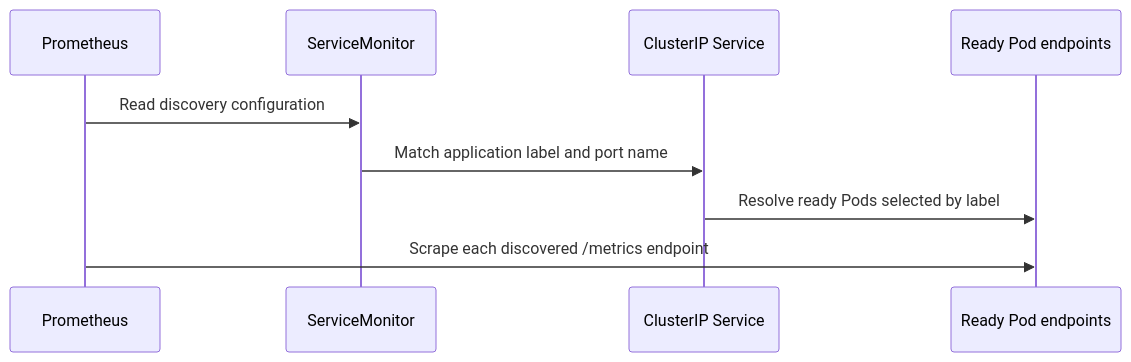
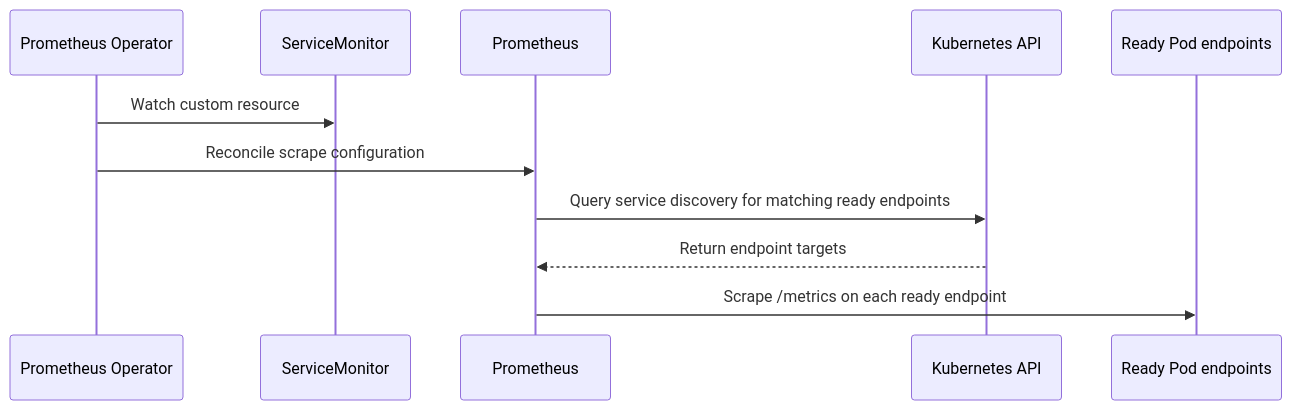
The third of 3 diagrams in docs/fundamentals/02-kubernetes-primer.md (hazemataya94/5percent-observability), drawn with Mermaid before and after one commit. The commit also changed other lines of this file and 1 other file, not shown here.

````diff
--- a/docs/fundamentals/02-kubernetes-primer.md
+++ b/docs/fundamentals/02-kubernetes-primer.md
@@ -88,11 +146,13 @@
 ```mermaid
 sequenceDiagram
+  participant O as Prometheus Operator
+  participant SM as ServiceMonitor
   participant P as Prometheus
-  participant SM as ServiceMonitor
-  participant S as ClusterIP Service
+  participant K as Kubernetes API
   participant E as Ready Pod endpoints
-  P->>SM: Read discovery configuration
-  SM->>S: Match application label and port name
-  S->>E: Resolve ready Pods selected by label
-  P->>E: Scrape each discovered /metrics endpoint
+  O->>SM: Watch custom resource
+  O->>P: Reconcile scrape configuration
+  P->>K: Query service discovery for matching ready endpoints
+  K-->>P: Return endpoint targets
+  P->>E: Scrape /metrics on each ready endpoint
 ```
````
